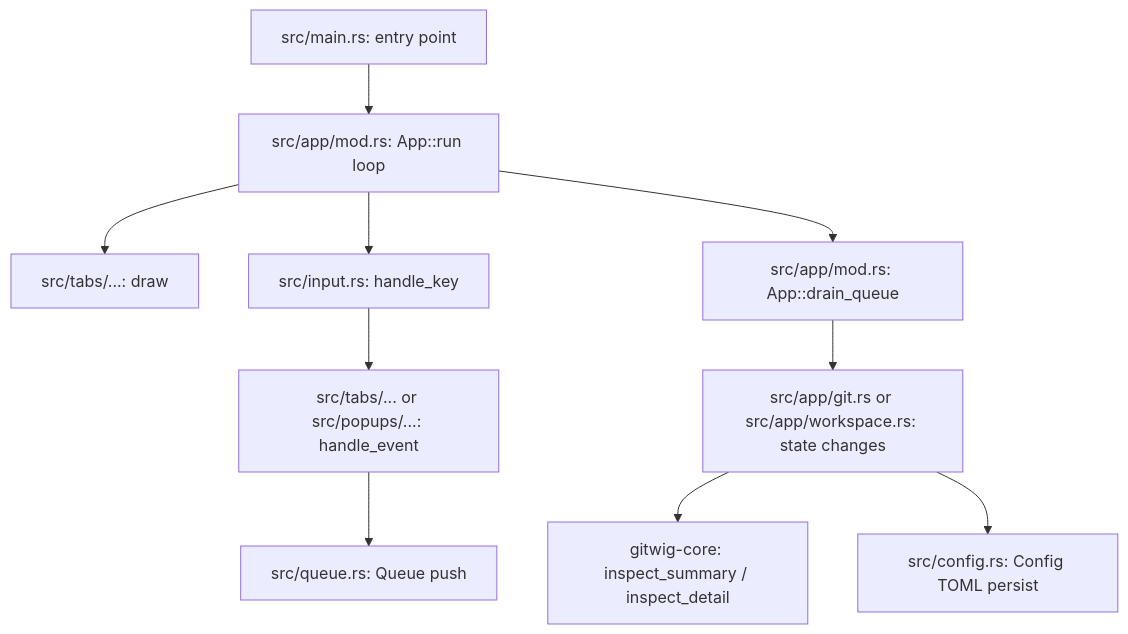
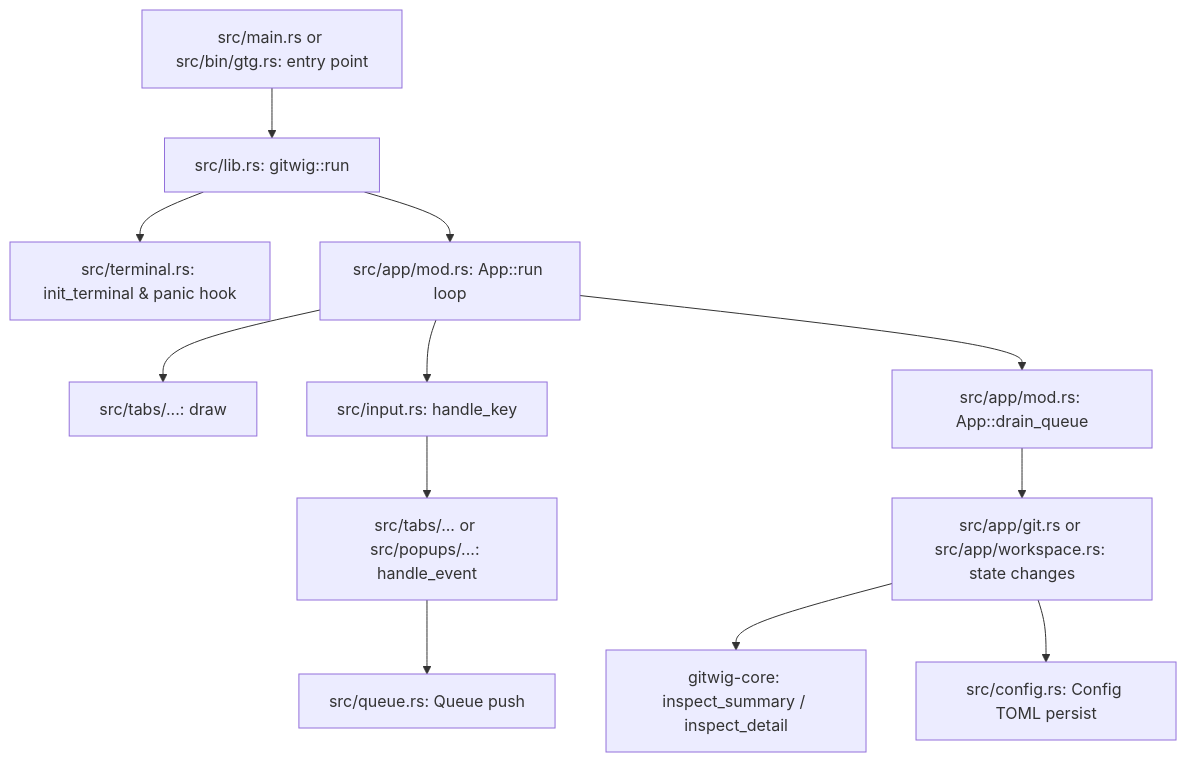
Before and after one commit to tareqmy/gitwig: the diagram in .agent/CODEMAP.md, drawn with Mermaid. The commit also changed other lines of this file and 6 other files, not shown here.

````diff
--- a/.agent/CODEMAP.md
+++ b/.agent/CODEMAP.md
@@ -11,12 +11,14 @@
 ```mermaid
 graph TD
-    main[src/main.rs: entry point] --> app_run[src/app/mod.rs: App::run loop]
+    main[src/main.rs or src/bin/gtg.rs: entry point] --> lib_run[src/lib.rs: gitwig::run]
+    lib_run --> term_init[src/terminal.rs: init_terminal & panic hook]
+    lib_run --> app_run[src/app/mod.rs: App::run loop]
     app_run --> render[src/tabs/...: draw]
     app_run --> input[src/input.rs: handle_key]
     input --> event_dispatch[src/tabs/... or src/popups/...: handle_event]
     event_dispatch --> queue[src/queue.rs: Queue push]
     app_run --> drain_queue[src/app/mod.rs: App::drain_queue]
     drain_queue --> state_mutation[src/app/git.rs or src/app/workspace.rs: state changes]
     state_mutation --> core_inspect[gitwig-core: inspect_summary / inspect_detail]
     state_mutation --> config_save[src/config.rs: Config TOML persist]
 ```
````
